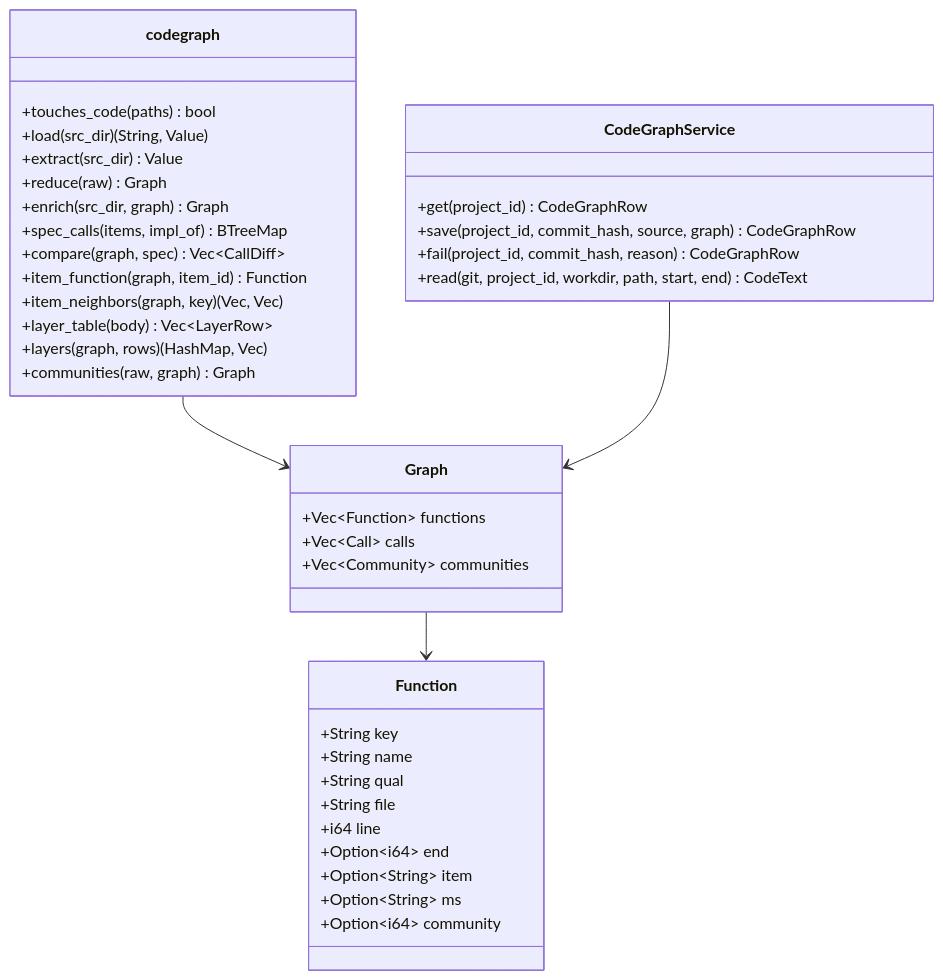
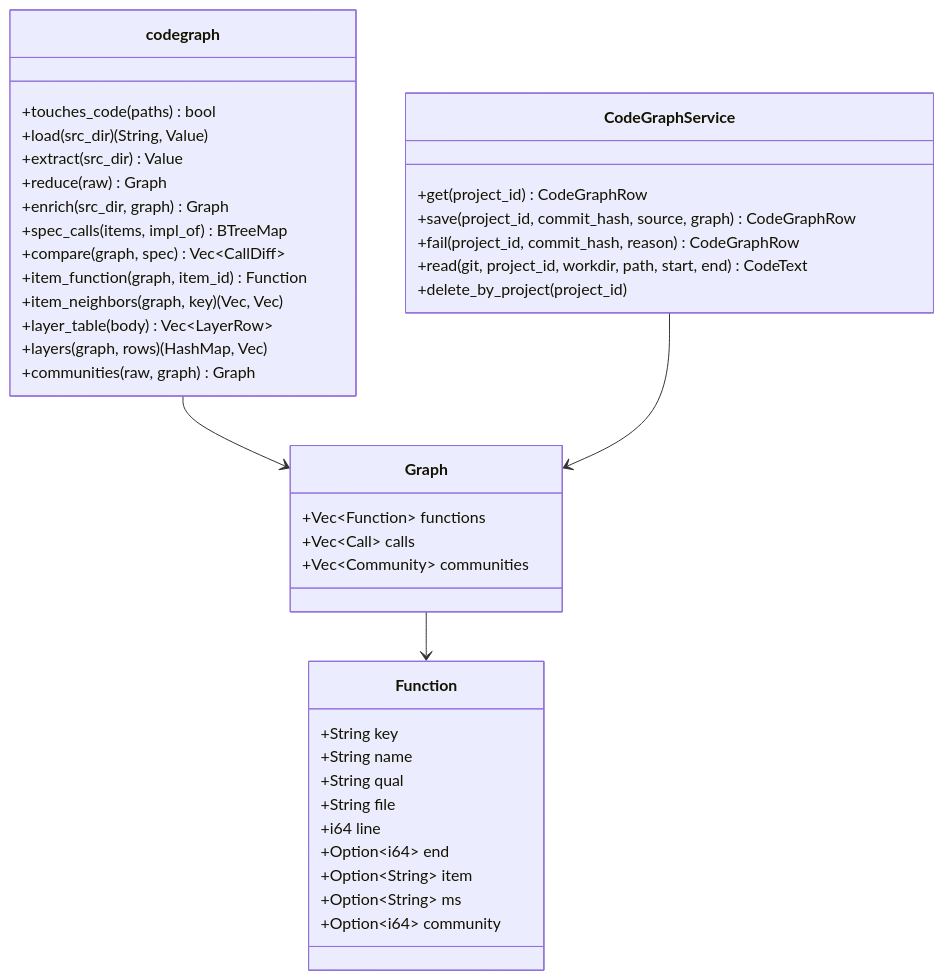
One commit to HoyoungParkme/syncdoc changed the ninth of 9 diagrams in docs/specs/06-DOM/SYNC-DOM-004.md. Above: the diagram before and after it, drawn with Mermaid. The commit also changed other lines of this file and 2 other files, not shown here.

````diff
--- a/docs/specs/06-DOM/SYNC-DOM-004.md
+++ b/docs/specs/06-DOM/SYNC-DOM-004.md
@@ -716,42 +786,43 @@
 ```mermaid
 classDiagram
     class codegraph {
         +touches_code(paths) bool
         +load(src_dir) (String, Value)
         +extract(src_dir) Value
         +reduce(raw) Graph
         +enrich(src_dir, graph) Graph
         +spec_calls(items, impl_of) BTreeMap
         +compare(graph, spec) Vec~CallDiff~
         +item_function(graph, item_id) Function
         +item_neighbors(graph, key) (Vec, Vec)
         +layer_table(body) Vec~LayerRow~
         +layers(graph, rows) (HashMap, Vec)
         +communities(raw, graph) Graph
     }
     class Graph {
         +Vec~Function~ functions
         +Vec~Call~ calls
         +Vec~Community~ communities
     }
     class Function {
         +String key
         +String name
         +String qual
         +String file
         +i64 line
         +Option~i64~ end
         +Option~String~ item
         +Option~String~ ms
         +Option~i64~ community
     }
     class CodeGraphService {
         +get(project_id) CodeGraphRow
         +save(project_id, commit_hash, source, graph) CodeGraphRow
         +fail(project_id, commit_hash, reason) CodeGraphRow
         +read(git, project_id, workdir, path, start, end) CodeText
+        +delete_by_project(project_id)
     }
     codegraph --> Graph
     Graph --> Function
     CodeGraphService --> Graph
 ```
````
